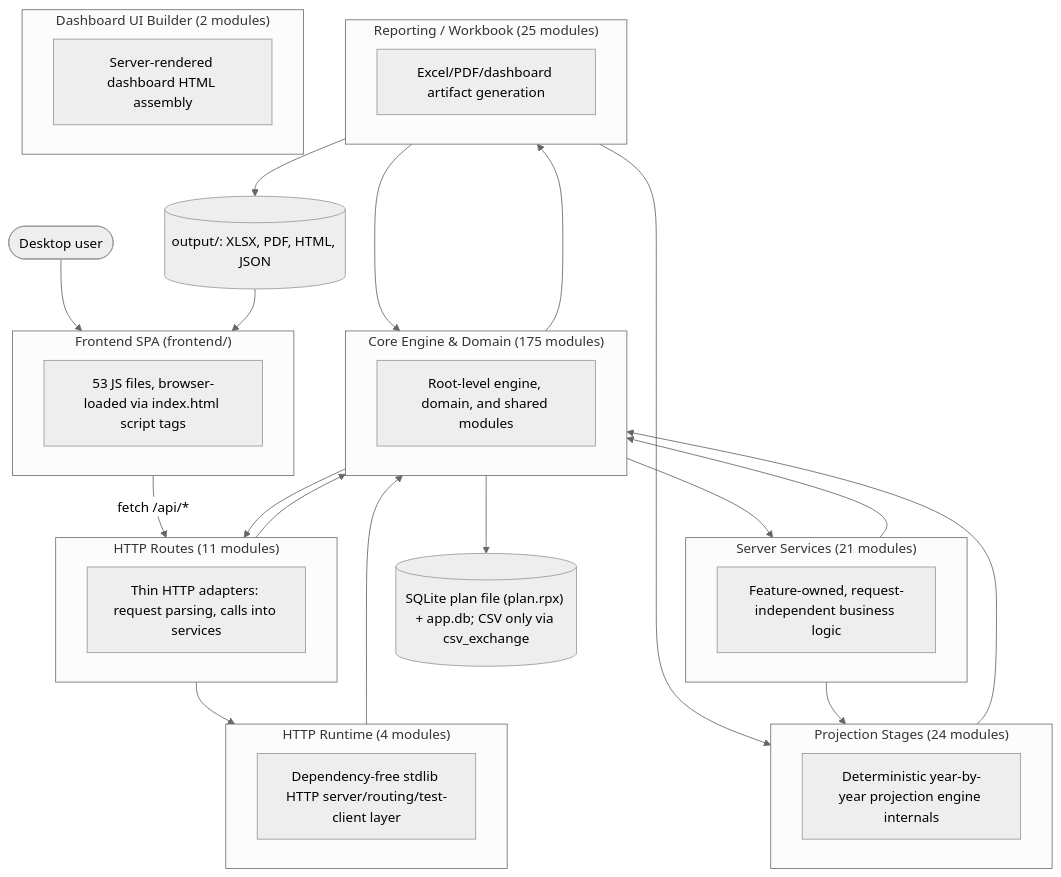
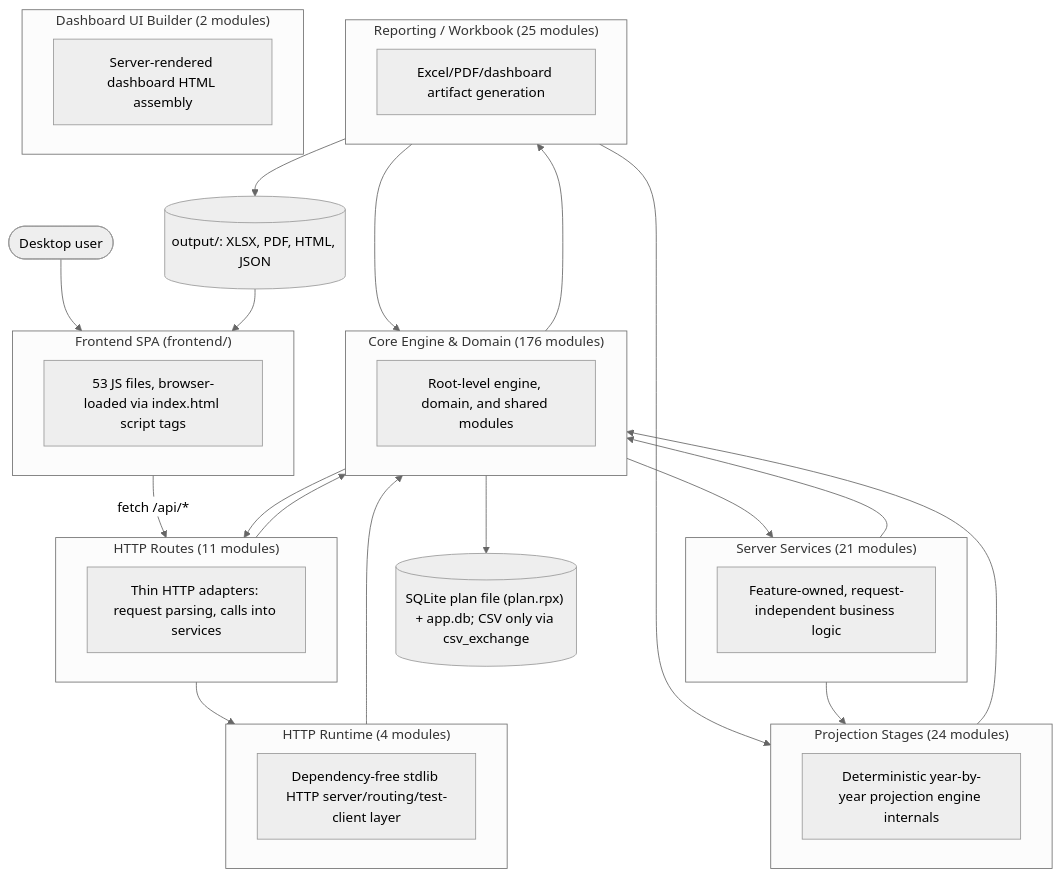
Before and after one commit to matthartzman/retirement_system: the first of 2 diagrams in documentation/reference/SYSTEM_ARCHITECTURE_DIAGRAM.md, drawn with Mermaid (neutral theme). The commit also changed other lines of this file and 15 other files, not shown here.

````diff
--- a/documentation/reference/SYSTEM_ARCHITECTURE_DIAGRAM.md
+++ b/documentation/reference/SYSTEM_ARCHITECTURE_DIAGRAM.md
@@ -11,43 +11,43 @@
 ```mermaid
 flowchart TB
     User(["Desktop user"]) --> FE
     subgraph FE["Frontend SPA (frontend/)"]
         FEcount["53 JS files, browser-loaded via index.html script tags"]
     end
     FE -->|fetch /api/*| L_HTTP_Routes
     subgraph L_HTTP_Routes["HTTP Routes (11 modules)"]
         L_HTTP_Routes_d["Thin HTTP adapters: request parsing, calls into services"]
     end
     subgraph L_Server_Services["Server Services (21 modules)"]
         L_Server_Services_d["Feature-owned, request-independent business logic"]
     end
     subgraph L_HTTP_Runtime["HTTP Runtime (4 modules)"]
         L_HTTP_Runtime_d["Dependency-free stdlib HTTP server/routing/test-client layer"]
     end
-    subgraph L_Core_Engine___Domain["Core Engine & Domain (175 modules)"]
+    subgraph L_Core_Engine___Domain["Core Engine & Domain (176 modules)"]
         L_Core_Engine___Domain_d["Root-level engine, domain, and shared modules"]
     end
     subgraph L_Projection_Stages["Projection Stages (24 modules)"]
         L_Projection_Stages_d["Deterministic year-by-year projection engine internals"]
     end
     subgraph L_Reporting___Workbook["Reporting / Workbook (25 modules)"]
         L_Reporting___Workbook_d["Excel/PDF/dashboard artifact generation"]
     end
     subgraph L_Dashboard_UI_Builder["Dashboard UI Builder (2 modules)"]
         L_Dashboard_UI_Builder_d["Server-rendered dashboard HTML assembly"]
     end
     L_Core_Engine___Domain --> L_HTTP_Routes
     L_Core_Engine___Domain --> L_Reporting___Workbook
     L_Core_Engine___Domain --> L_Server_Services
     L_HTTP_Routes --> L_Core_Engine___Domain
     L_HTTP_Routes --> L_HTTP_Runtime
     L_HTTP_Runtime --> L_Core_Engine___Domain
     L_Projection_Stages --> L_Core_Engine___Domain
     L_Reporting___Workbook --> L_Core_Engine___Domain
     L_Reporting___Workbook --> L_Projection_Stages
     L_Server_Services --> L_Core_Engine___Domain
     L_Server_Services --> L_Projection_Stages
     L_Core_Engine___Domain --> DB[("SQLite plan file (plan.rpx) + app.db; CSV only via csv_exchange")]
     L_Reporting___Workbook --> Outputs[("output/: XLSX, PDF, HTML, JSON")]
     Outputs --> FE
 ```
````
